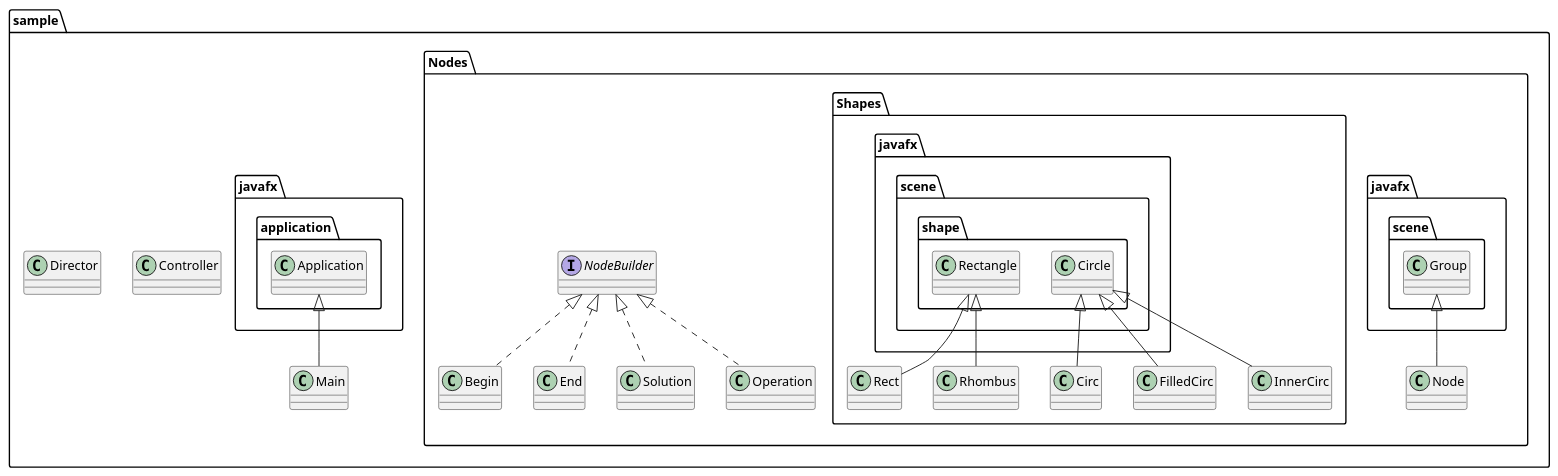
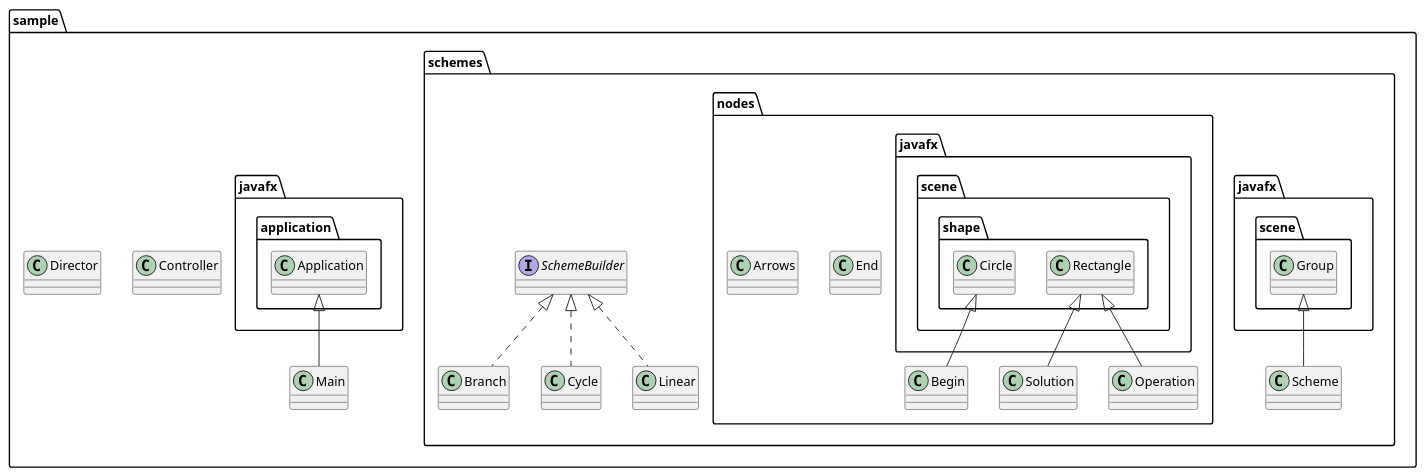
Before and after one commit to Aseev-Sergey/Builder: the diagram in Class Diagram.puml, drawn with PlantUML. The commit also changed 14 other files, not shown here.

```diff
--- a/Class Diagram.puml
+++ b/Class Diagram.puml
@@ -1,24 +1,23 @@
 @startuml
 
 package sample <<Folder>>{
-package Nodes <<Folder>>{
-class Node extends javafx.scene.Group
-class Begin implements NodeBuilder
-class End implements NodeBuilder
-class Solution implements NodeBuilder
-class Operation implements NodeBuilder
-interface NodeBuilder
-package Shapes <<Folder>>{
-class Rect extends javafx.scene.shape.Rectangle
-class Rhombus extends javafx.scene.shape.Rectangle
-class Circ extends javafx.scene.shape.Circle
-class FilledCirc extends javafx.scene.shape.Circle
-class InnerCirc extends javafx.scene.shape.Circle
+package schemes <<Folder>>{
+class Scheme extends javafx.scene.Group
+class Branch implements SchemeBuilder
+class Cycle implements SchemeBuilder
+class Linear implements SchemeBuilder
+interface SchemeBuilder
+package nodes <<Folder>>{
+class Begin extends javafx.scene.shape.Circle
+class End
+class Solution extends javafx.scene.shape.Rectangle
+class Operation extends javafx.scene.shape.Rectangle
+class Arrows
 }
 }
 class Main extends javafx.application.Application
 class Controller
 class Director
 }
 
 @enduml
```
